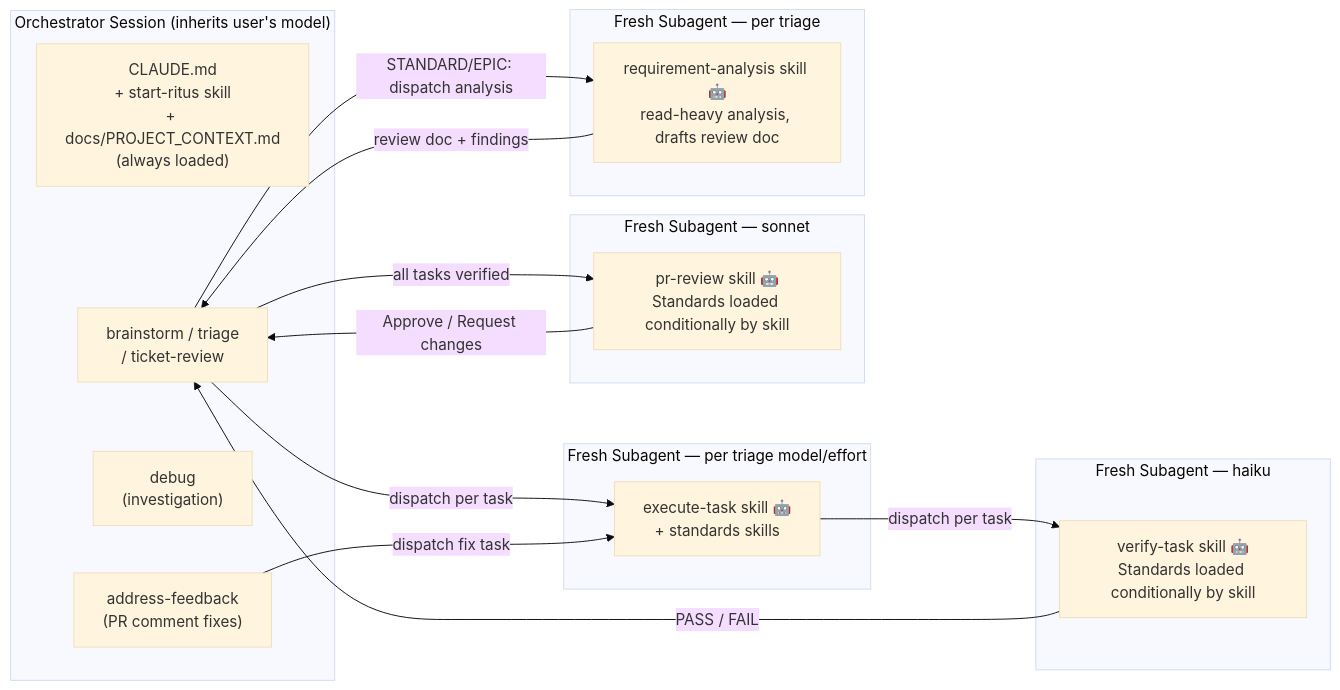
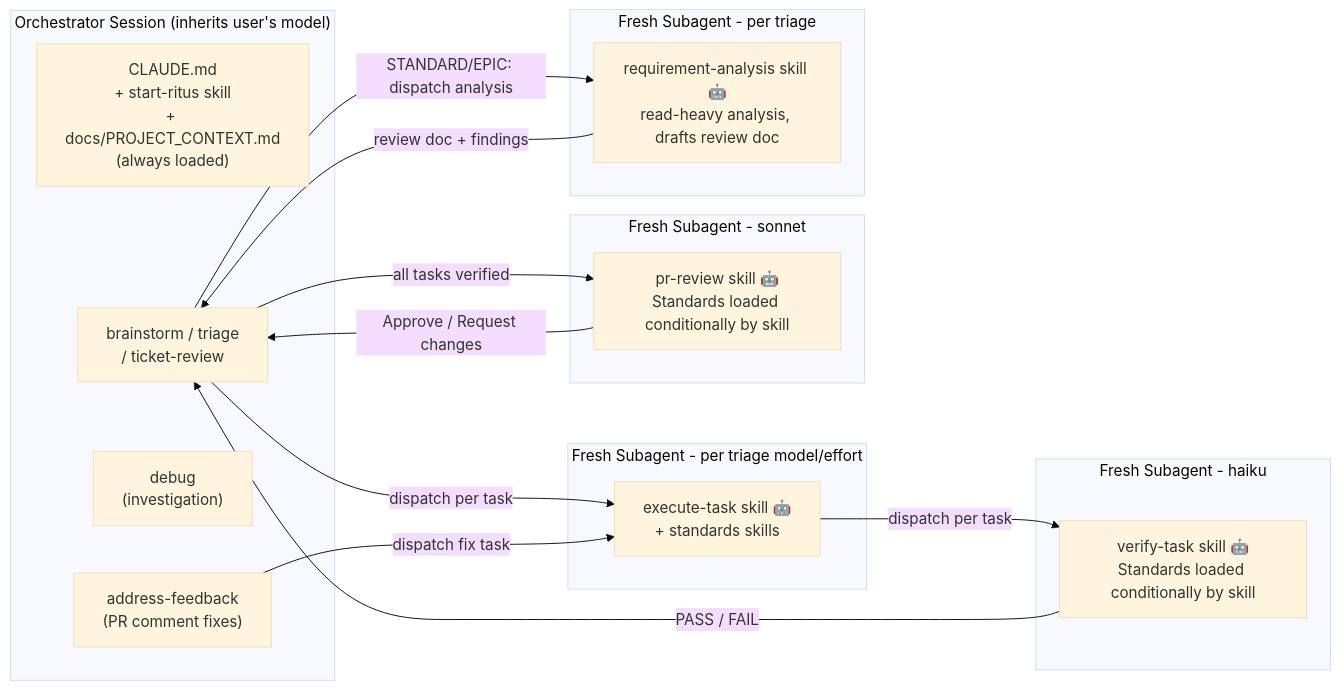
Before and after one commit to precise-alloy/ritus: the sixth of 8 diagrams in docs/WORKFLOW_DIAGRAMS.md, drawn with Mermaid (base theme). The commit also changed other lines of this file and 45 other files, not shown here.

````diff
--- a/docs/WORKFLOW_DIAGRAMS.md
+++ b/docs/WORKFLOW_DIAGRAMS.md
@@ -203,34 +207,34 @@
 ```mermaid
 flowchart LR
     subgraph "Orchestrator Session (inherits user's model)"
         A["CLAUDE.md\n+ start-ritus skill\n+ docs/PROJECT_CONTEXT.md\n(always loaded)"]
         B["brainstorm / triage\n/ ticket-review"]
         D["debug\n(investigation)"]
         E["address-feedback\n(PR comment fixes)"]
     end
 
-    subgraph "Fresh Subagent — per triage model/effort"
+    subgraph "Fresh Subagent - per triage model/effort"
         C["execute-task skill 🤖\n+ standards skills"]
     end
 
-    subgraph "Fresh Subagent — haiku"
+    subgraph "Fresh Subagent - haiku"
         V["verify-task skill 🤖\nStandards loaded conditionally by skill"]
     end
 
-    subgraph "Fresh Subagent — sonnet"
+    subgraph "Fresh Subagent - sonnet"
         R["pr-review skill 🤖\nStandards loaded conditionally by skill"]
     end
 
-    subgraph "Fresh Subagent — per triage"
+    subgraph "Fresh Subagent - per triage"
         RA["requirement-analysis skill 🤖\nread-heavy analysis, drafts review doc"]
     end
 
     B -- "STANDARD/EPIC: dispatch analysis" --> RA
     RA -- "review doc + findings" --> B
     B -- "dispatch per task" --> C
     C -- "dispatch per task" --> V
     V -- "PASS / FAIL" --> B
     B -- "all tasks verified" --> R
     R -- "Approve / Request changes" --> B
     E -- "dispatch fix task" --> C
 ```
````
